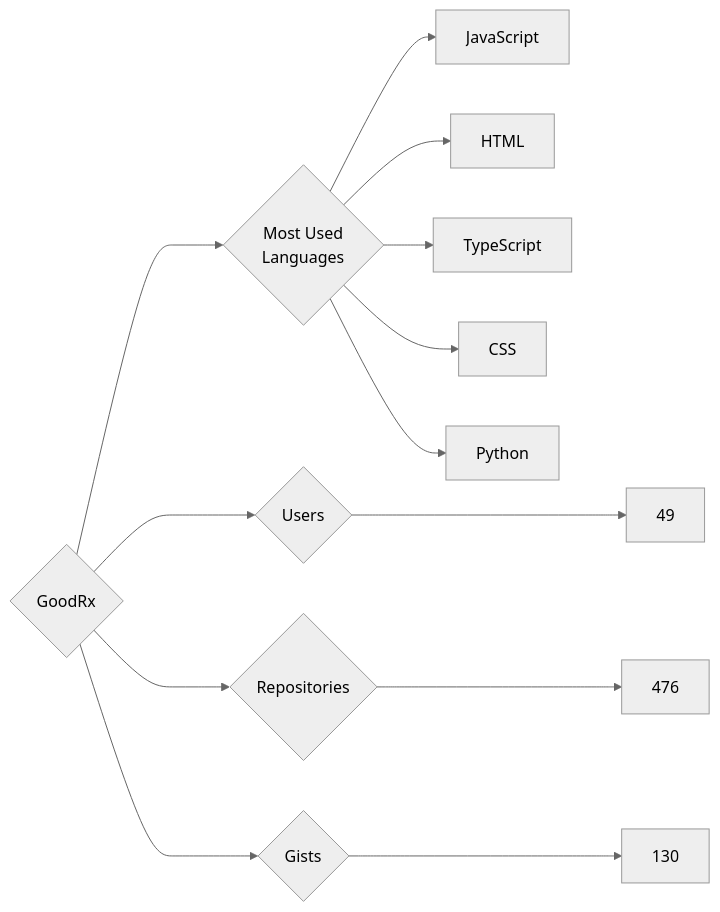
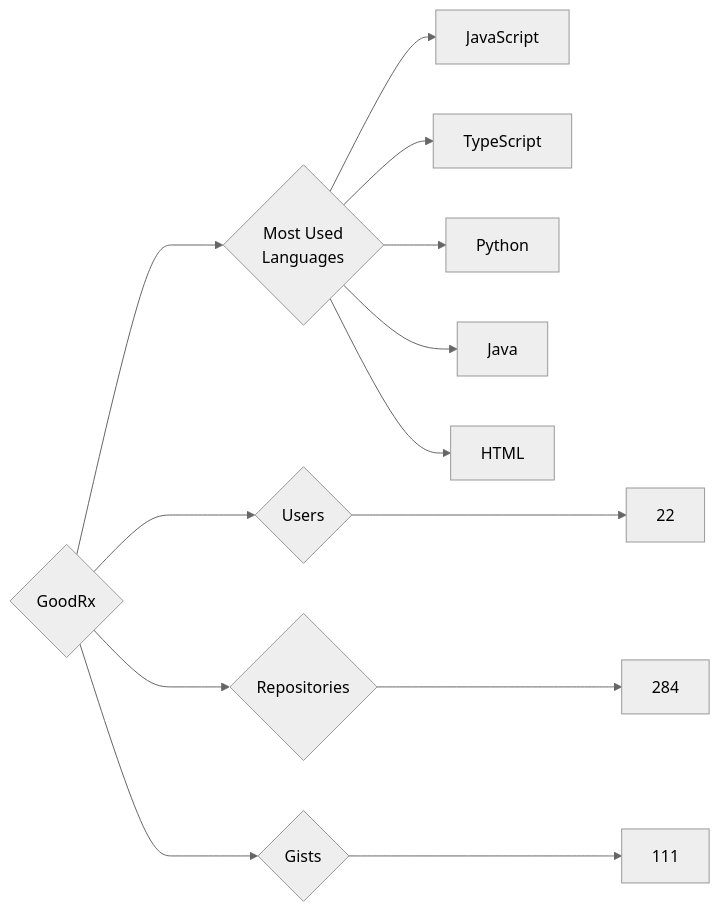
The diagram in targets/GoodRx/README.md (trickest/insiders), drawn with Mermaid (neutral theme) before and after one commit. The commit also changed 614 other files, not shown here.

````diff
--- a/targets/GoodRx/README.md
+++ b/targets/GoodRx/README.md
@@ -3,13 +3,13 @@
 ```mermaid
 graph LR
 COMPANY_NAME{GoodRx}
-COMPANY_NAME ---> U{Users} ---> UN[49]
-COMPANY_NAME ---> R{Repositories} ---> RN[476]
-COMPANY_NAME ---> G{Gists} ---> GN[130]
+COMPANY_NAME ---> U{Users} ---> UN[22]
+COMPANY_NAME ---> R{Repositories} ---> RN[284]
+COMPANY_NAME ---> G{Gists} ---> GN[111]
 COMPANY_NAME ---> ML{Most Used<br>Languages}
 ML --> JavaScript[JavaScript]
+ML --> TypeScript[TypeScript]
+ML --> Python[Python]
+ML --> Java[Java]
 ML --> HTML[HTML]
-ML --> TypeScript[TypeScript]
-ML --> CSS[CSS]
-ML --> Python[Python]
 ```
````
